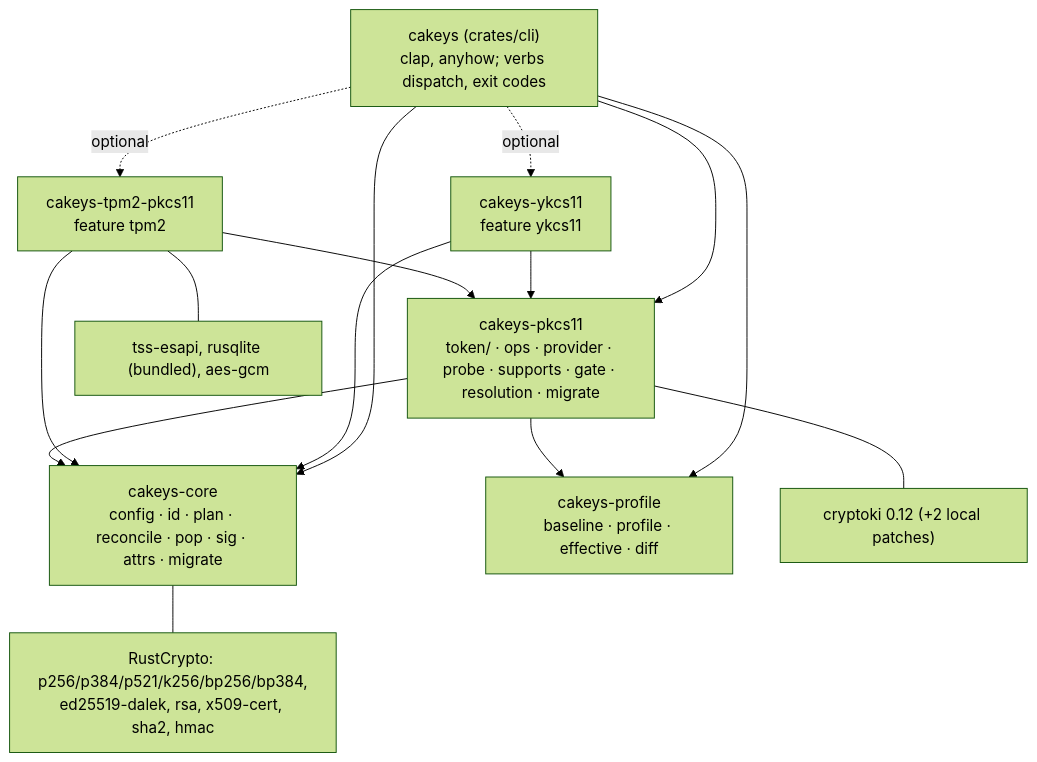
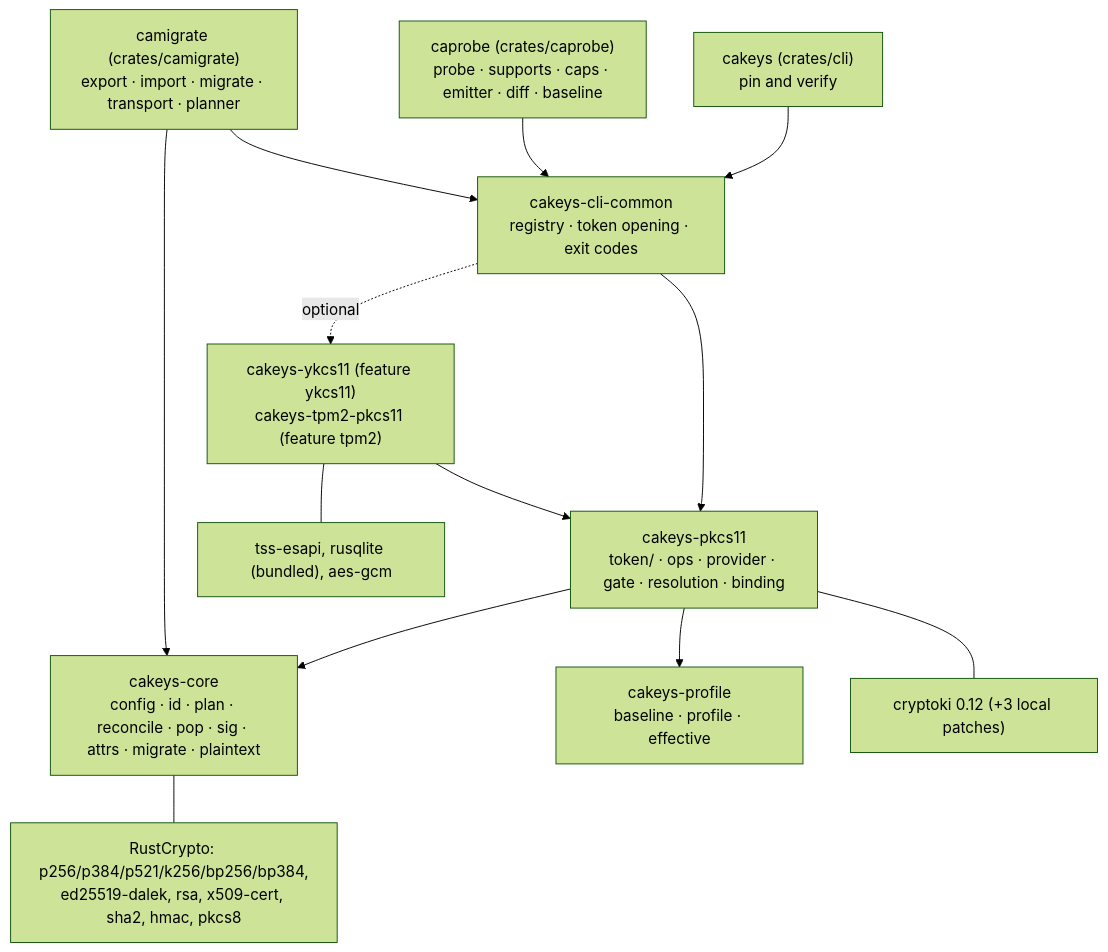
Before and after one commit to Princemachiavelli/cakeys: the first of 2 diagrams in docs/ARCHITECTURE.md, drawn with Mermaid (forest theme). The commit also changed other lines of this file and 98 other files, not shown here.

````diff
--- a/docs/ARCHITECTURE.md
+++ b/docs/ARCHITECTURE.md
@@ -81,25 +37,25 @@
 ```mermaid
 flowchart TD
-    CLI["cakeys (crates/cli)<br/>clap, anyhow; verbs dispatch, exit codes"]
-    P11["cakeys-pkcs11<br/>token/ · ops · provider · probe · supports · gate · resolution · migrate"]
-    YK["cakeys-ykcs11<br/>feature ykcs11"]
-    TPM["cakeys-tpm2-pkcs11<br/>feature tpm2"]
-    CORE["cakeys-core<br/>config · id · plan · reconcile · pop · sig · attrs · migrate"]
-    PROF["cakeys-profile<br/>baseline · profile · effective · diff"]
+    CLI["cakeys (crates/cli)<br/>pin and verify"]
+    PROBE["caprobe (crates/caprobe)<br/>probe · supports · caps · emitter · diff · baseline"]
+    MIG["camigrate (crates/camigrate)<br/>export · import · migrate · transport · planner"]
+    COMMON["cakeys-cli-common<br/>registry · token opening · exit codes"]
+    P11["cakeys-pkcs11<br/>token/ · ops · provider · gate · resolution · binding"]
+    PROVS["cakeys-ykcs11 (feature ykcs11)<br/>cakeys-tpm2-pkcs11 (feature tpm2)"]
+    CORE["cakeys-core<br/>config · id · plan · reconcile · pop · sig · attrs · migrate · plaintext"]
+    PROF["cakeys-profile<br/>baseline · profile · effective"]
 
-    CLI --> P11
-    CLI --> CORE
-    CLI --> PROF
-    CLI -. optional .-> YK
-    CLI -. optional .-> TPM
-    YK --> P11
-    TPM --> P11
-    YK --> CORE
-    TPM --> CORE
+    CLI --> COMMON
+    PROBE --> COMMON
+    MIG --> COMMON
+    COMMON --> P11
+    COMMON -. optional .-> PROVS
+    PROVS --> P11
     P11 --> CORE
     P11 --> PROF
+    MIG --> CORE
 
-    CORE --- RC["RustCrypto: p256/p384/p521/k256/bp256/bp384,<br/>ed25519-dalek, rsa, x509-cert, sha2, hmac"]
-    P11 --- CK["cryptoki 0.12 (+2 local patches)"]
-    TPM --- TSS["tss-esapi, rusqlite (bundled), aes-gcm"]
+    CORE --- RC["RustCrypto: p256/p384/p521/k256/bp256/bp384,<br/>ed25519-dalek, rsa, x509-cert, sha2, hmac, pkcs8"]
+    P11 --- CK["cryptoki 0.12 (+3 local patches)"]
+    PROVS --- TSS["tss-esapi, rusqlite (bundled), aes-gcm"]
 ```
````
